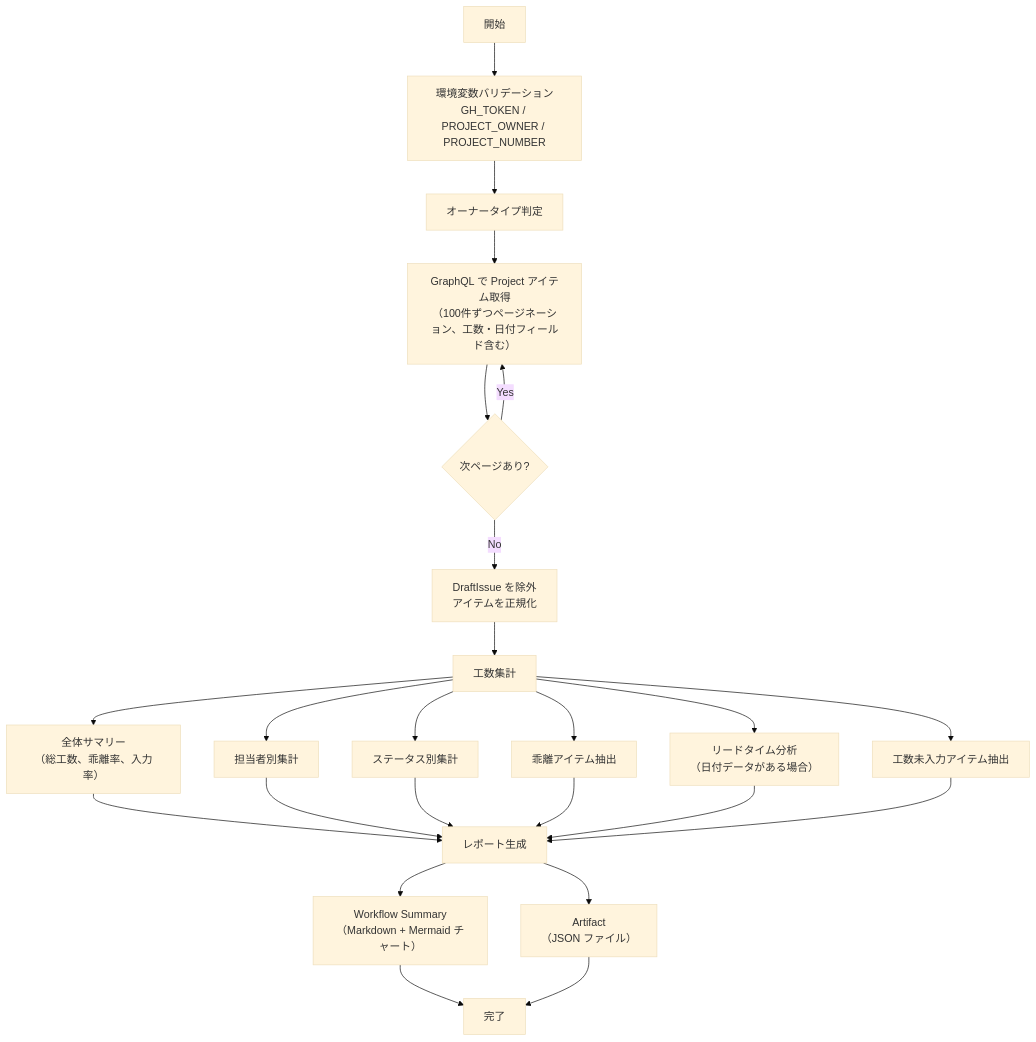
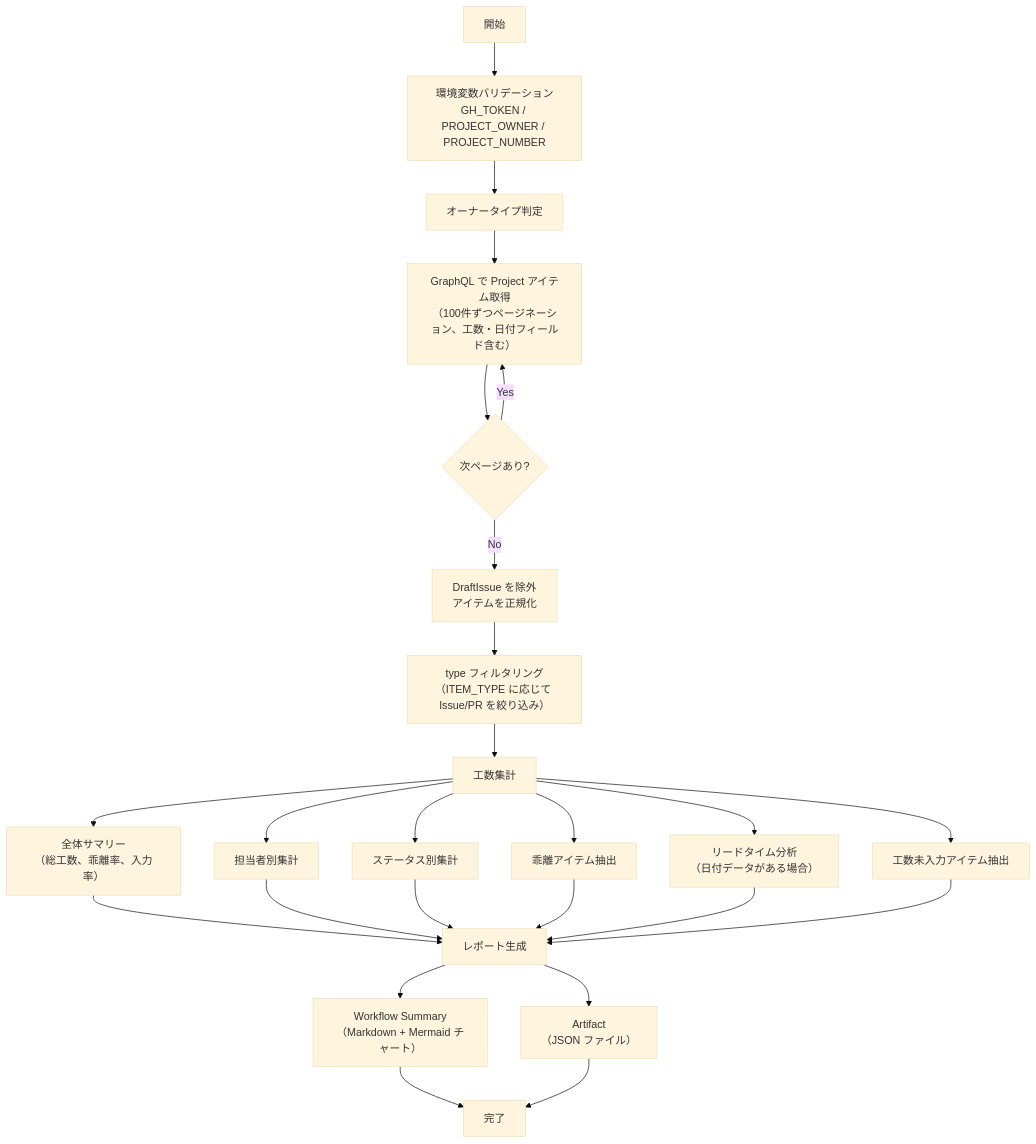
One commit to lurest-inc/github-projects-ops-kit changed the diagram in docs/scripts/generate-effort-report.md. Above: the diagram before and after it, drawn with Mermaid (base theme). The commit also changed other lines of this file and 7 other files, not shown here.

First line of the commit message:
feat: ワークフロー⑩に item_type フィルタを追加（#248）

````diff
--- a/docs/scripts/generate-effort-report.md
+++ b/docs/scripts/generate-effort-report.md
@@ -46,21 +47,22 @@
 ```mermaid
 flowchart TD
     A["開始"] --> B["環境変数バリデーション\nGH_TOKEN / PROJECT_OWNER / PROJECT_NUMBER"]
     B --> C["オーナータイプ判定"]
     C --> D["GraphQL で Project アイテム取得\n（100件ずつページネーション、工数・日付フィールド含む）"]
     D --> E{"次ページあり?"}
     E -- "Yes" --> D
     E -- "No" --> F["DraftIssue を除外\nアイテムを正規化"]
 
-    F --> G["工数集計"]
+    F --> F2["type フィルタリング\n（ITEM_TYPE に応じて Issue/PR を絞り込み）"]
+    F2 --> G["工数集計"]
     G --> G1["全体サマリー\n（総工数、乖離率、入力率）"]
     G --> G2["担当者別集計"]
     G --> G3["ステータス別集計"]
     G --> G4["乖離アイテム抽出"]
     G --> G5["リードタイム分析\n（日付データがある場合）"]
     G --> G6["工数未入力アイテム抽出"]
     G1 & G2 & G3 & G4 & G5 & G6 --> H["レポート生成"]
     H --> I["Workflow Summary\n（Markdown + Mermaid チャート）"]
     H --> J["Artifact\n（JSON ファイル）"]
     I & J --> K["完了"]
 ```
````
